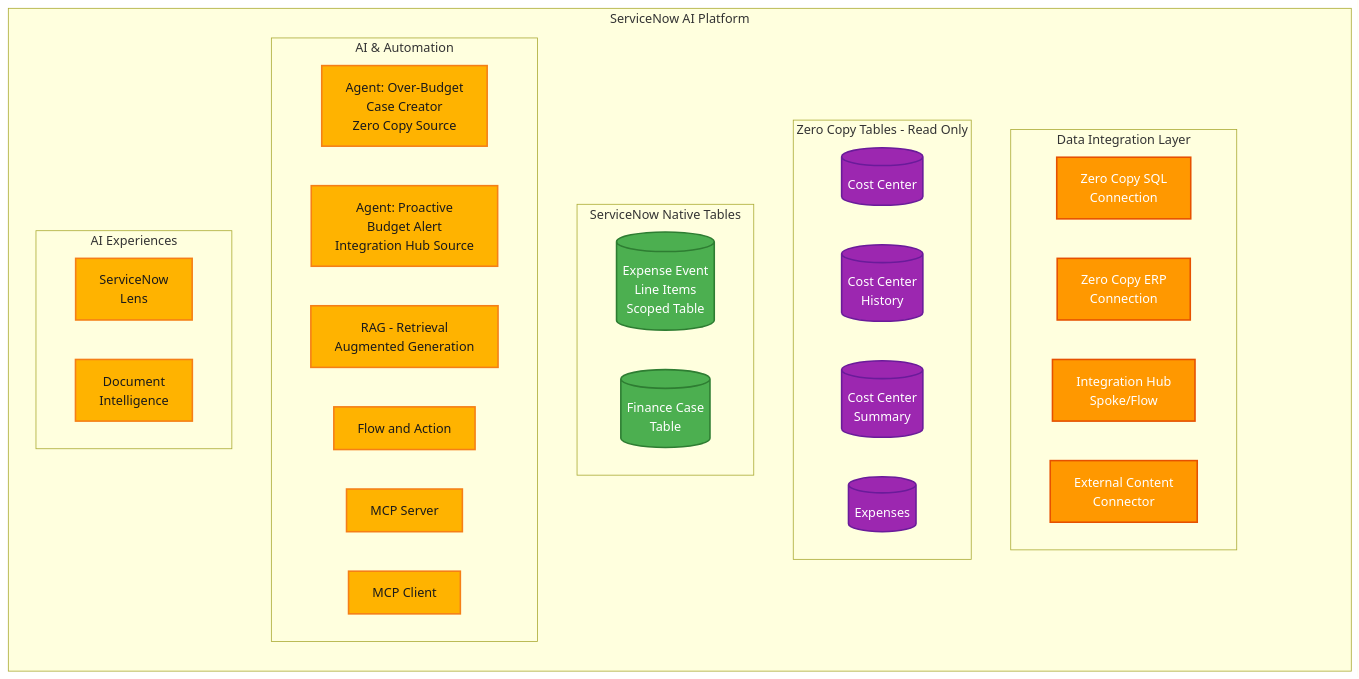
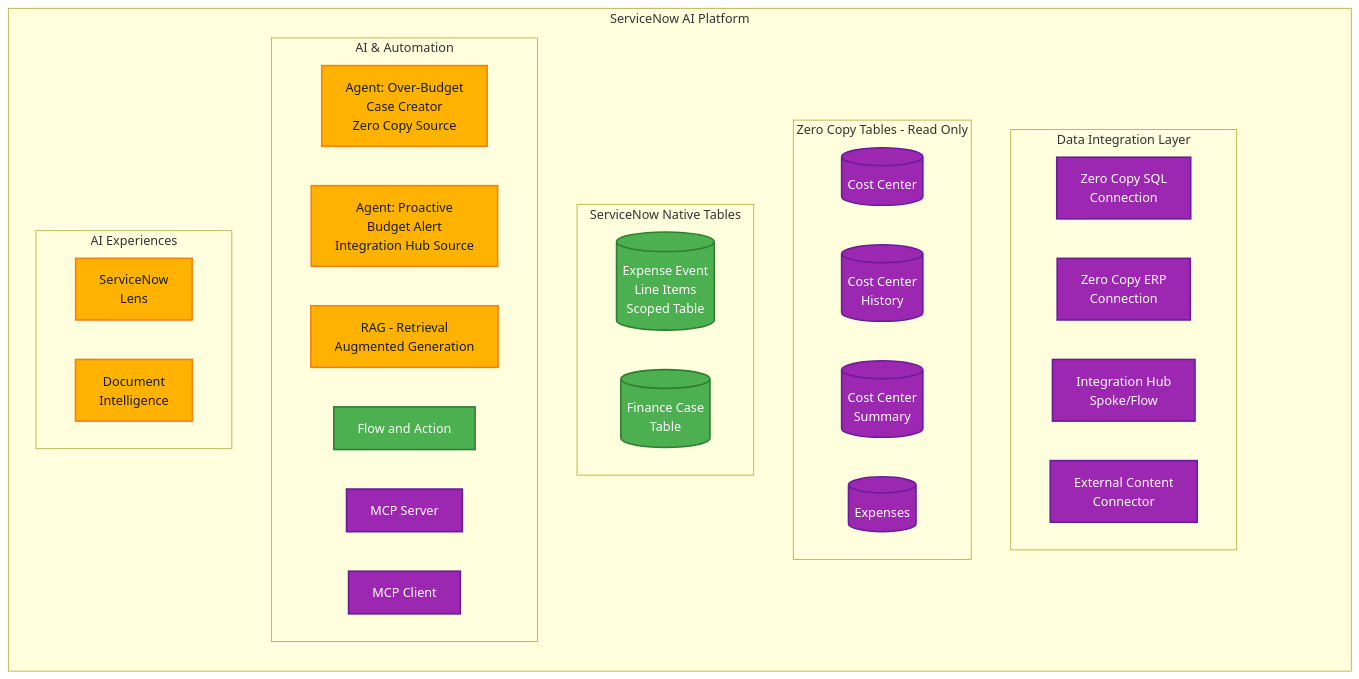
Before and after one commit to leojacinto/WorkflowDataFabric-TypeA: the third of 4 diagrams in data-and-flow-diagrams.md, drawn with Mermaid. The commit also changed other lines of this file and 6 other files, not shown here.

Commit message:
Consistent color scheme across all mermaid diagrams: nowassist (amber), platform (green), wdf (purple), external (blue), user (light blue)

````diff
--- a/data-and-flow-diagrams.md
+++ b/data-and-flow-diagrams.md
@@ -81,55 +61,55 @@
 ```mermaid
 graph LR
     subgraph "ServiceNow AI Platform"
         spacer[ ]:::hidden
         subgraph "Data Integration Layer"
             ZeroCopySQL[Zero Copy SQL<br/>Connection]
             ZeroCopyERP[Zero Copy ERP<br/>Connection]
             IntHub[Integration Hub<br/>Spoke/Flow]
             ExtContent[External Content<br/>Connector]
         end
 
         subgraph "Zero Copy Tables - Read Only"
             ZCCC[(Cost Center)]
             ZCCH[(Cost Center</br>History)]
             ZCCS[(Cost Center</br>Summary)]
             ZCExp[(Expenses)]
         end
 
         subgraph "ServiceNow Native Tables"
             ExpenseTable[(Expense Event<br/>Line Items<br/>Scoped Table)]
             FinCase[(Finance Case<br/>Table)]
         end
 
 
         subgraph "AI & Automation"
             Agent1[Agent: Over-Budget<br/>Case Creator<br/>Zero Copy Source]
             Agent2[Agent: Proactive<br/>Budget Alert<br/>Integration Hub Source]
             RAG[RAG - Retrieval<br/>Augmented Generation]
             FlowAction[Flow and Action]
             MCP[MCP Server]
             MCPC[MCP Client]
         end
 
         subgraph "AI Experiences"
             Lens["ServiceNow</br>Lens"]
             DocIntel["Document</br>Intelligence"]
         end
     end
 
     %% Styling
     classDef external fill:#2196F3,stroke:#1565C0,stroke-width:2px,color:#fff
-    classDef integration fill:#FF9800,stroke:#E65100,stroke-width:2px,color:#fff
-    classDef zeroCopy fill:#9C27B0,stroke:#6A1B9A,stroke-width:2px,color:#fff
-    classDef native fill:#4CAF50,stroke:#2E7D32,stroke-width:2px,color:#fff
-    classDef ai fill:#FFB300,stroke:#F57F17,stroke-width:2px,color:#1a1a1a
     classDef user fill:#42A5F5,stroke:#1565C0,stroke-width:3px,color:#fff
+    classDef nowassist fill:#FFB300,stroke:#F57F17,stroke-width:2px,color:#1a1a1a
+    classDef platform fill:#4CAF50,stroke:#2E7D32,stroke-width:2px,color:#fff
+    classDef wdf fill:#9C27B0,stroke:#6A1B9A,stroke-width:2px,color:#fff
+    classDef hidden fill:none,stroke:none,color:transparent,font-size:0
 
-    class ERP,ExpenseAPI,SharePoint,CDW external
-    class ZeroCopySQL,ZeroCopyERP,IntHub,ExtContent integration
-    class ZCCC,ZCCH,ZCCS,ZCExp zeroCopy
-    classDef hidden fill:none,stroke:none,color:transparent,font-size:0
-    class ExpenseTable,FinCase,FinVar native
-    class Agent1,Agent2,RAG,NASK,FlowAction,MCP,MCPC,GGraph,NLQuery,Lens,DocIntel ai
-    class Employee,EC,ControlTower,ClaudeDesktop user
+    class ZeroCopySQL,ZeroCopyERP,IntHub,ExtContent wdf
+    class ZCCC,ZCCH,ZCCS,ZCExp wdf
+    class ExpenseTable,FinCase platform
+    class FlowAction platform
+    class Agent1,Agent2,RAG nowassist
+    class MCP,MCPC wdf
+    class Lens,DocIntel nowassist
 ```
````
